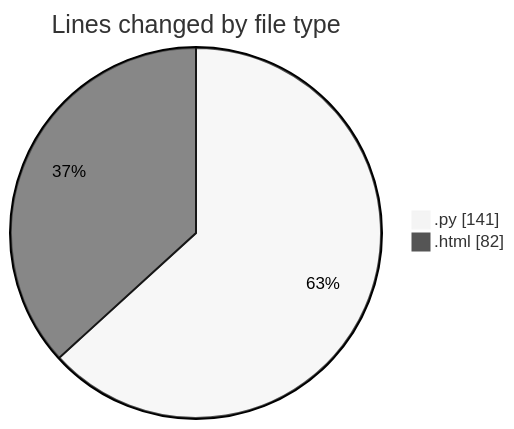
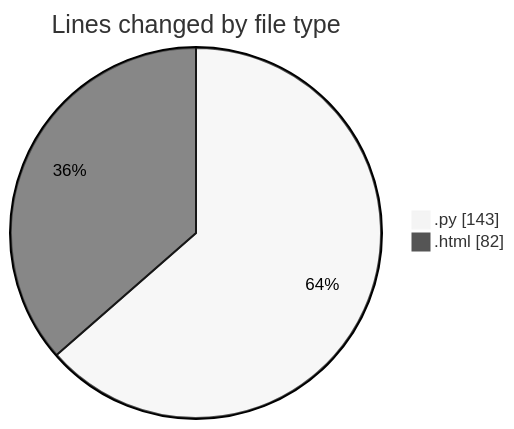
One commit to FelipKnott/code-tracking changed the first of 2 diagrams in 2025-07-17/projeto_sistema/README.md. Above: the diagram before and after it, drawn with Mermaid (neutral theme). The commit also changed other lines of this file and 1 other file, not shown here.

````diff
--- a/2025-07-17/projeto_sistema/README.md
+++ b/2025-07-17/projeto_sistema/README.md
@@ -24,6 +25,6 @@
 ```mermaid
 pie showData
 title Lines changed by file type
-".py" : 141
+".py" : 143
 ".html" : 82
 ```
````
